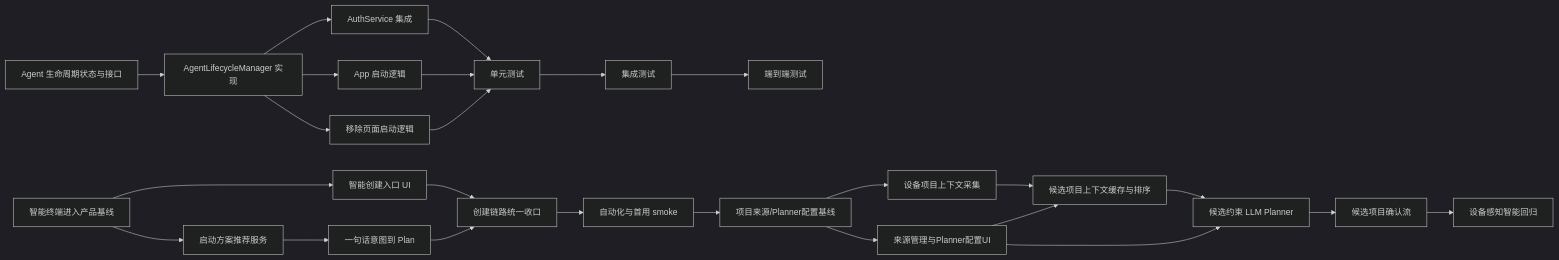
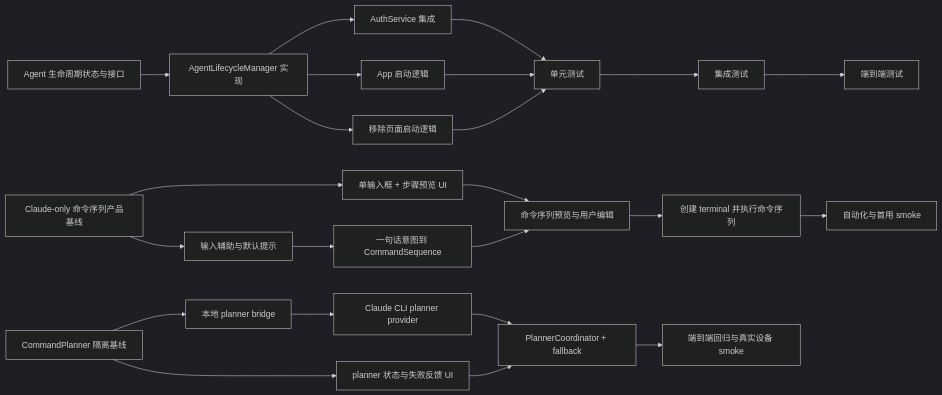
Before and after one commit to xiaolutang/remote-control: the diagram in .dev-flow/feature_map.md, drawn with Mermaid (dark theme). The commit also changed other lines of this file and 9 other files, not shown here.

Commit message:
docs(dev-flow): archive completed smart terminal entry phases

````diff
--- a/.dev-flow/feature_map.md
+++ b/.dev-flow/feature_map.md
@@ -116,30 +116,30 @@
 ```mermaid
 graph LR
     %% Phase: agent-lifecycle
     S024[Agent 生命周期状态与接口] --> F032[AgentLifecycleManager 实现]
     F032 --> F033[AuthService 集成]
     F032 --> F034[App 启动逻辑]
     F032 --> F035[移除页面启动逻辑]
     F033 --> F036[单元测试]
     F034 --> F036
     F035 --> F036
     F036 --> F037[集成测试]
     F037 --> F038[端到端测试]
 
     %% Phase: intelligent-terminal-entry
-    S077[智能终端进入产品基线] --> F077[智能创建入口 UI]
-    S077 --> F078[启动方案推荐服务]
-    F078 --> F079[一句话意图到 Plan]
-    F077 --> F080[创建链路统一收口]
-    F079 --> F080
+    S077[Claude-only 命令序列产品基线] --> F077[单输入框 + 步骤预览 UI]
+    S077 --> F078[输入辅助与默认提示]
+    F078 --> F079[一句话意图到 CommandSequence]
+    F077 --> F082[命令序列预览与用户编辑]
+    F079 --> F082
+    F082 --> F080[创建 terminal 并执行命令序列]
     F080 --> F081[自动化与首用 smoke]
-    F081 --> S078[项目来源/Planner配置基线]
-    S078 --> B074[设备项目上下文采集]
-    S078 --> F086[来源管理与Planner配置UI]
-    B074 --> F082[候选项目上下文缓存与排序]
-    F086 --> F082
-    F082 --> F083[候选约束 LLM Planner]
-    F086 --> F083
-    F083 --> F084[候选项目确认流]
-    F084 --> F085[设备感知智能回归]
+
+    %% Phase: planner-provider-isolation
+    S078[CommandPlanner 隔离基线] --> B074[本地 planner bridge]
+    S078 --> F086[planner 状态与失败反馈 UI]
+    B074 --> F083[Claude CLI planner provider]
+    F083 --> F084[PlannerCoordinator + fallback]
+    F086 --> F084
+    F084 --> F085[端到端回归与真实设备 smoke]
 ```
````
